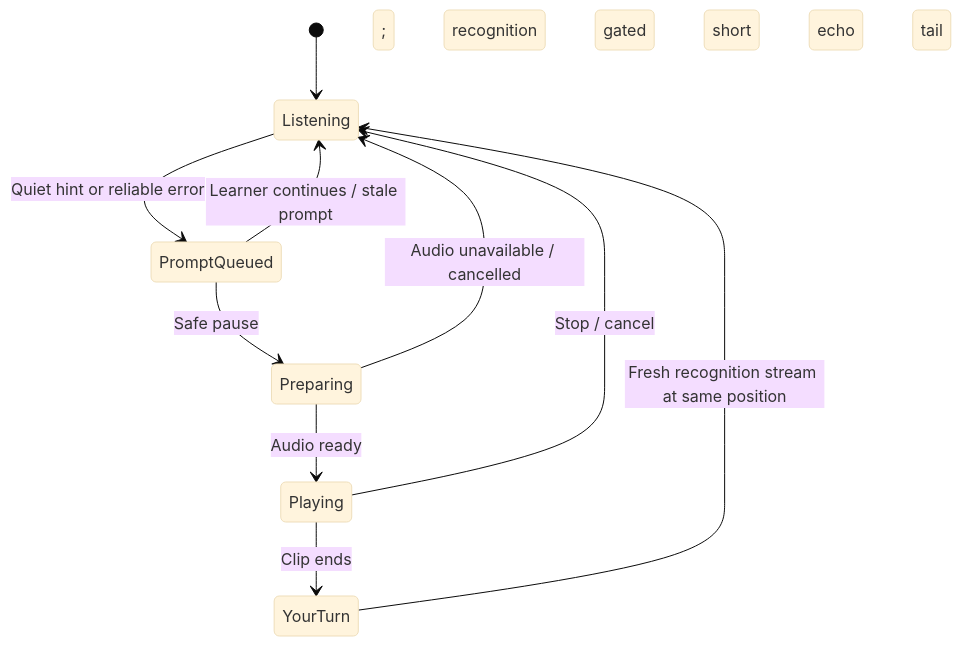
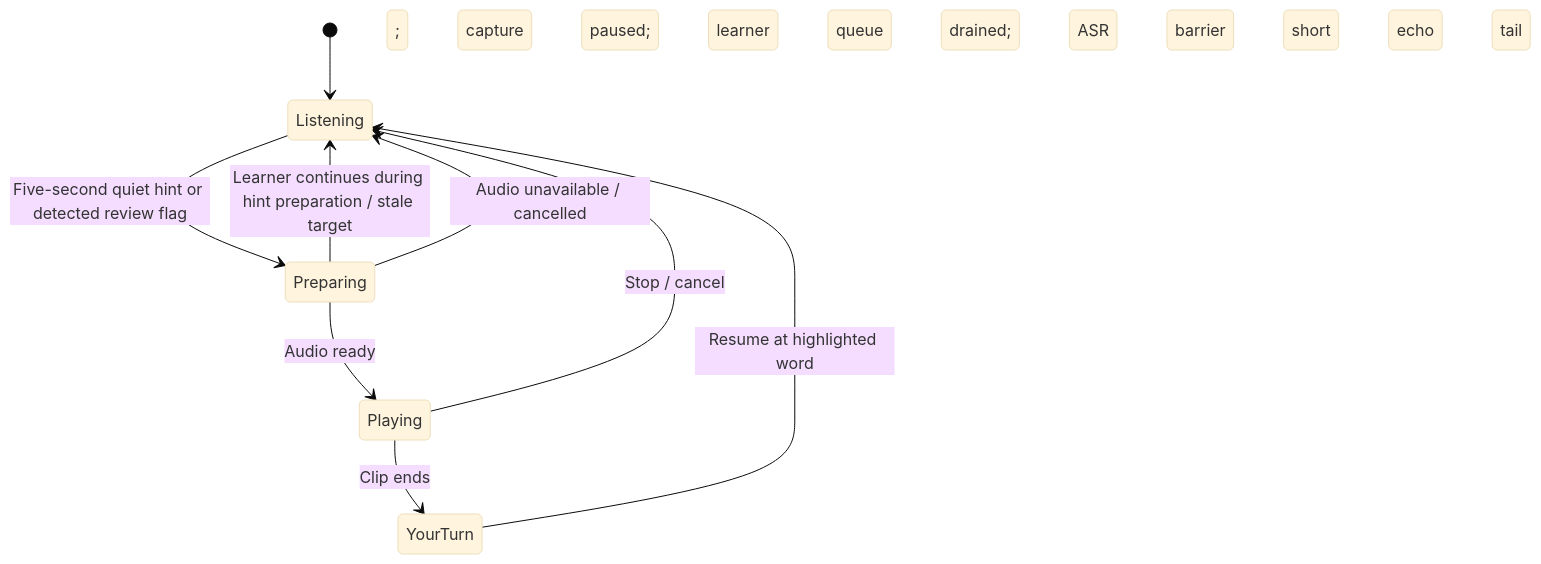
One commit to gufranmohammed48-git/HafizAssist changed the diagram in docs/TEACHER-MODE.md. Above: the diagram before and after it, drawn with Mermaid (base theme). The commit also changed other lines of this file and 14 other files, not shown here.

````diff
--- a/docs/TEACHER-MODE.md
+++ b/docs/TEACHER-MODE.md
@@ -51,12 +57,11 @@
 ```mermaid
 stateDiagram-v2
   [*] --> Listening
-  Listening --> PromptQueued: Quiet hint or reliable error
-  PromptQueued --> Listening: Learner continues / stale prompt
-  PromptQueued --> Preparing: Safe pause
-  Preparing --> Playing: Audio ready; recognition gated
+  Listening --> Preparing: Five-second quiet hint or detected review flag
+  Preparing --> Listening: Learner continues during hint preparation / stale target
+  Preparing --> Playing: Audio ready; capture paused; learner queue drained; ASR barrier
   Preparing --> Listening: Audio unavailable / cancelled
   Playing --> YourTurn: Clip ends; short echo tail
   Playing --> Listening: Stop / cancel
-  YourTurn --> Listening: Fresh recognition stream at same position
+  YourTurn --> Listening: Resume at highlighted word
 ```
````
